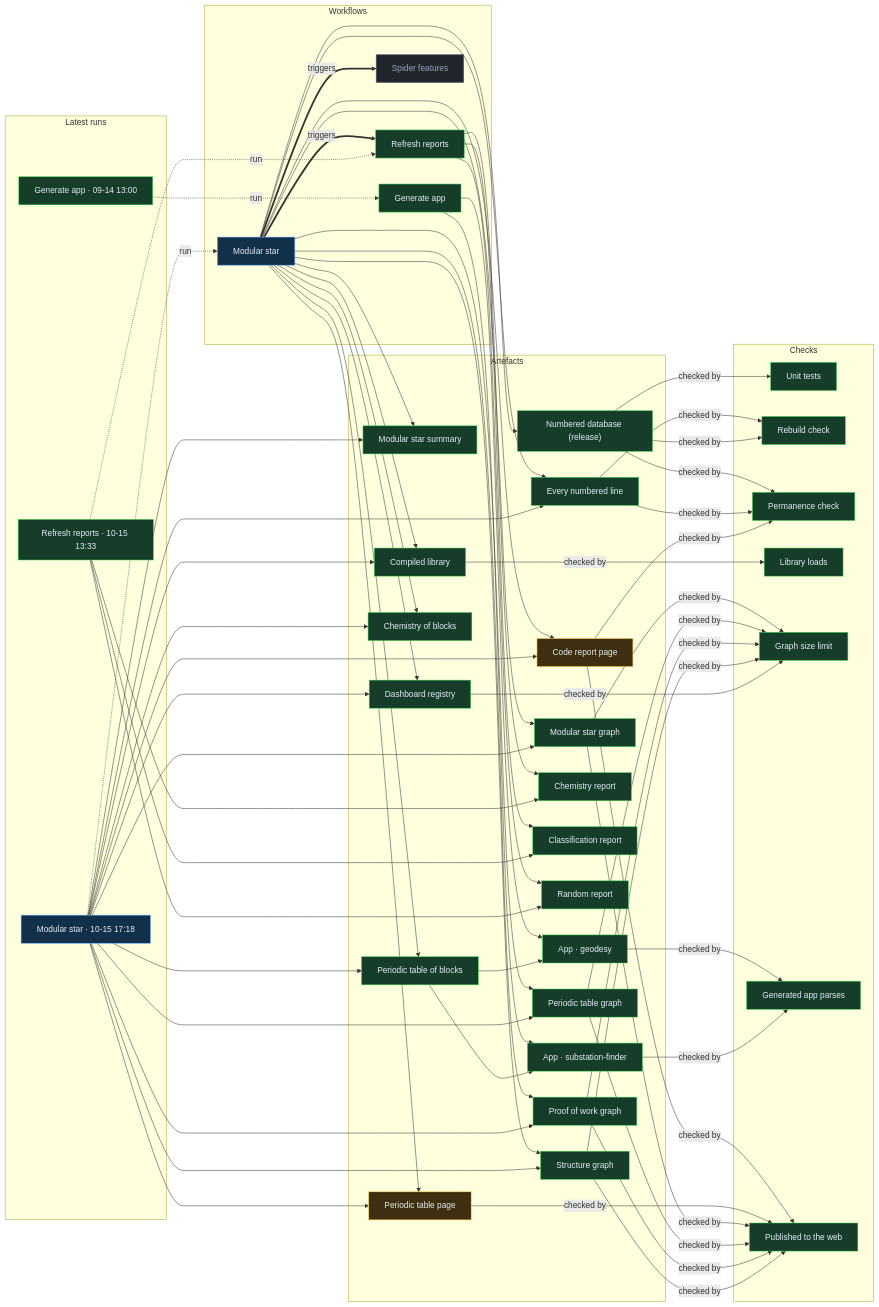
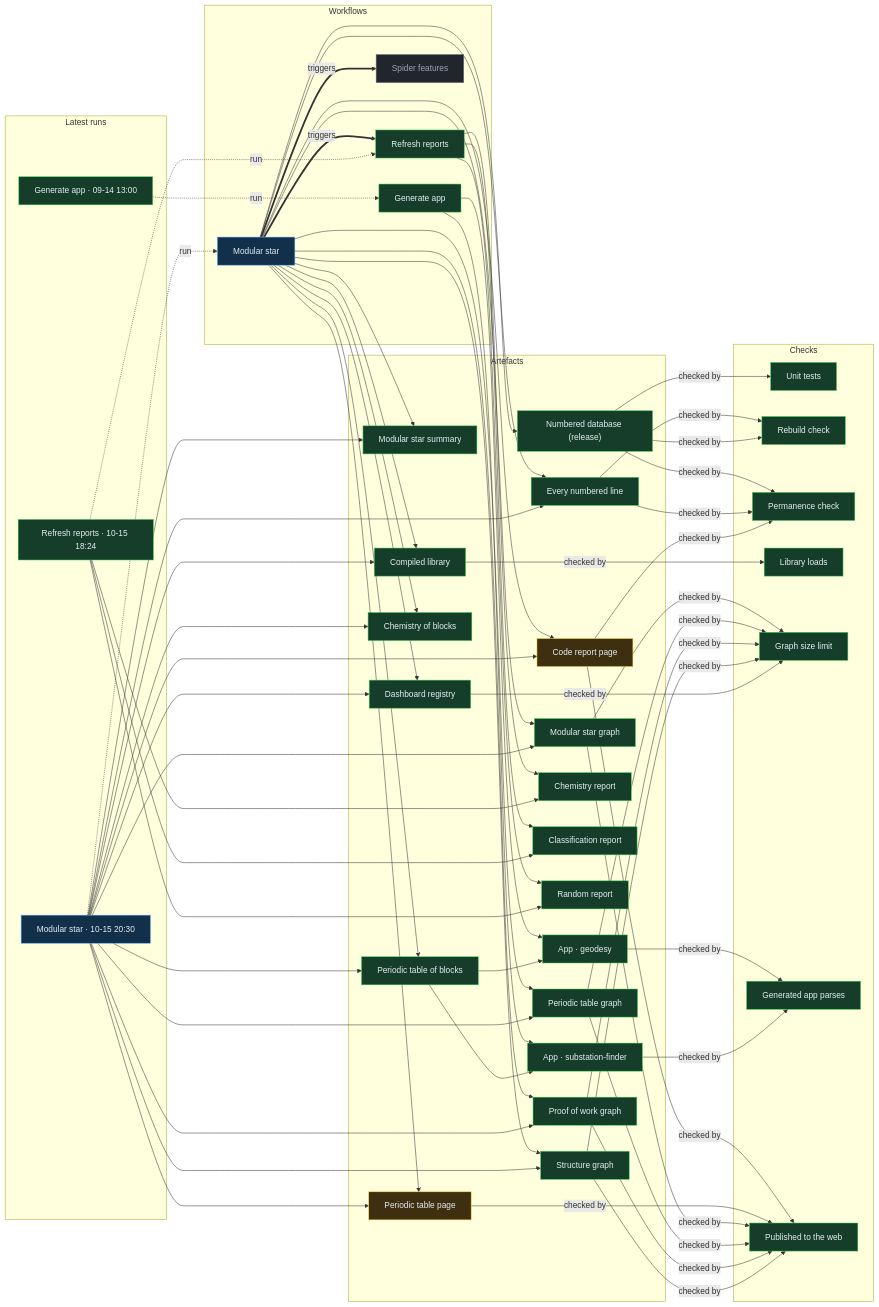
Before and after one commit to Ventusltd/stars: the diagram in proof/PROOF.md, drawn with Mermaid. The commit also changed other lines of this file and 33 other files, not shown here.

Commit message:
Modular star 2026-10-15T20:33Z

```diff
--- a/proof/PROOF.md
+++ b/proof/PROOF.md
@@ -24,8 +24,8 @@
   n_wf_spider_features["Spider features"]:::off
   end
   subgraph g_runs["Latest runs"]
-  n_run_38776300779["Modular star · 10-15 17:18"]:::live
-  n_run_38743649109["Refresh reports · 10-15 13:33"]:::ok
+  n_run_38802559154["Modular star · 10-15 20:30"]:::live
+  n_run_38785394188["Refresh reports · 10-15 18:24"]:::ok
   n_run_34846587798["Generate app · 09-14 13:00"]:::ok
   end
   subgraph g_artefacts["Artefacts"]
@@ -59,39 +59,39 @@
   end
   n_wf_modular_star == triggers ==> n_wf_refresh
   n_wf_modular_star == triggers ==> n_wf_spider_features
-  n_run_38776300779 -. run .-> n_wf_modular_star
-  n_run_38743649109 -. run .-> n_wf_refresh
+  n_run_38802559154 -. run .-> n_wf_modular_star
+  n_run_38785394188 -. run .-> n_wf_refresh
   n_run_34846587798 -. run .-> n_wf_generate
   n_wf_modular_star --> n_art_summary
-  n_run_38776300779 --> n_art_summary
+  n_run_38802559154 --> n_art_summary
   n_wf_modular_star --> n_art_lines
-  n_run_38776300779 --> n_art_lines
+  n_run_38802559154 --> n_art_lines
   n_wf_modular_star --> n_art_code
-  n_run_38776300779 --> n_art_code
+  n_run_38802559154 --> n_art_code
   n_wf_modular_star --> n_art_modular_graph
-  n_run_38776300779 --> n_art_modular_graph
+  n_run_38802559154 --> n_art_modular_graph
   n_wf_modular_star --> n_art_blocks
-  n_run_38776300779 --> n_art_blocks
+  n_run_38802559154 --> n_art_blocks
   n_wf_modular_star --> n_art_table
-  n_run_38776300779 --> n_art_table
+  n_run_38802559154 --> n_art_table
   n_wf_modular_star --> n_art_blocks_graph
-  n_run_38776300779 --> n_art_blocks_graph
+  n_run_38802559154 --> n_art_blocks_graph
   n_wf_modular_star --> n_art_reactions
-  n_run_38776300779 --> n_art_reactions
+  n_run_38802559154 --> n_art_reactions
   n_wf_modular_star --> n_art_library
-  n_run_38776300779 --> n_art_library
+  n_run_38802559154 --> n_art_library
   n_wf_modular_star --> n_art_features
-  n_run_38776300779 --> n_art_features
+  n_run_38802559154 --> n_art_features
   n_wf_modular_star --> n_art_proof
-  n_run_38776300779 --> n_art_proof
+  n_run_38802559154 --> n_art_proof
   n_wf_modular_star --> n_art_structure
-  n_run_38776300779 --> n_art_structure
+  n_run_38802559154 --> n_art_structure
   n_wf_refresh --> n_art_chemistry
-  n_run_38743649109 --> n_art_chemistry
+  n_run_38785394188 --> n_art_chemistry
   n_wf_refresh --> n_art_vedic
-  n_run_38743649109 --> n_art_vedic
+  n_run_38785394188 --> n_art_vedic
   n_wf_refresh --> n_art_random
-  n_run_38743649109 --> n_art_random
+  n_run_38785394188 --> n_art_random
   n_wf_modular_star --> n_art_release
   n_wf_generate --> n_app_geodesy
   n_art_blocks --> n_app_geodesy
```
